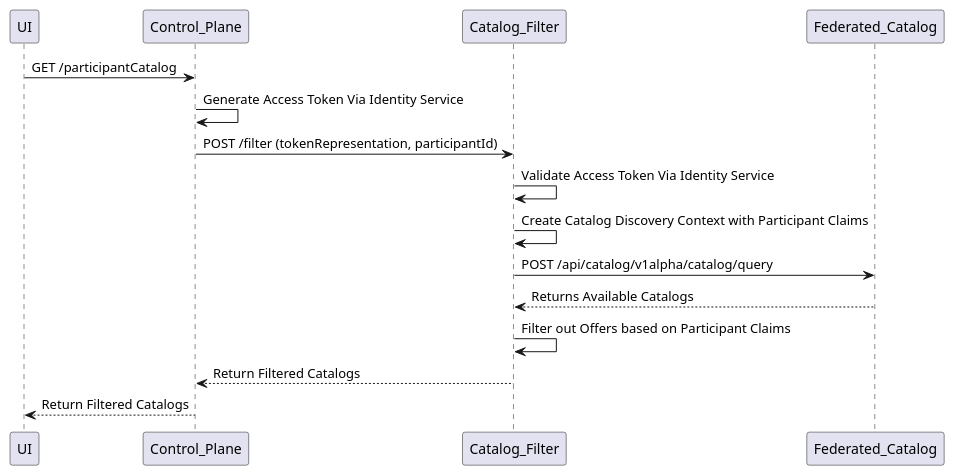
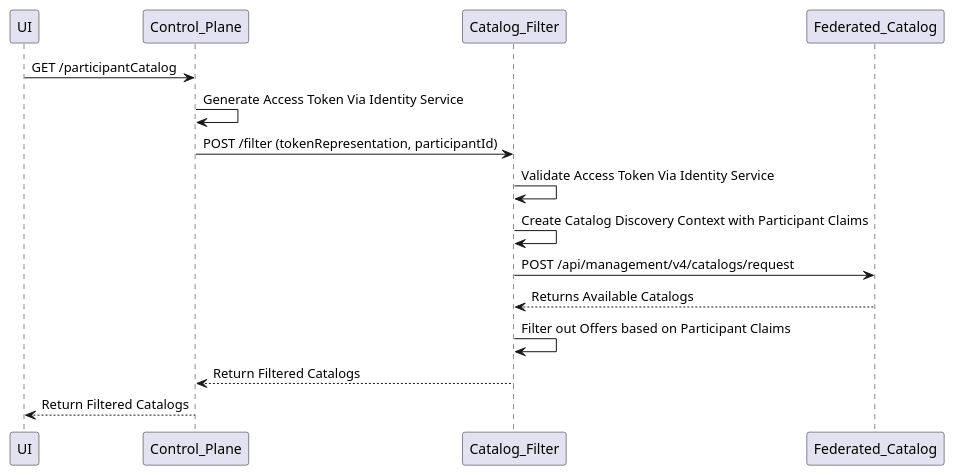
One commit to AmadeusITGroup/dataspace-ecosystem changed the diagram in docs/architecture/_diagrams/catalog_filter.puml. Above: the diagram before and after it, drawn with PlantUML. The commit also changed 178 other files, not shown here.

```diff
--- a/docs/architecture/_diagrams/catalog_filter.puml
+++ b/docs/architecture/_diagrams/catalog_filter.puml
@@ -1,12 +1,12 @@
 @startuml
 UI -> Control_Plane : GET /participantCatalog
 Control_Plane -> Control_Plane : Generate Access Token Via Identity Service
 Control_Plane -> Catalog_Filter : POST /filter (tokenRepresentation, participantId)
 Catalog_Filter -> Catalog_Filter : Validate Access Token Via Identity Service
 Catalog_Filter -> Catalog_Filter : Create Catalog Discovery Context with Participant Claims
-Catalog_Filter -> Federated_Catalog : POST /api/catalog/v1alpha/catalog/query
+Catalog_Filter -> Federated_Catalog : POST /api/management/v4/catalogs/request
 Federated_Catalog --> Catalog_Filter : Returns Available Catalogs
 Catalog_Filter -> Catalog_Filter : Filter out Offers based on Participant Claims
 Catalog_Filter --> Control_Plane : Return Filtered Catalogs
 Control_Plane --> UI : Return Filtered Catalogs
 @enduml
```
